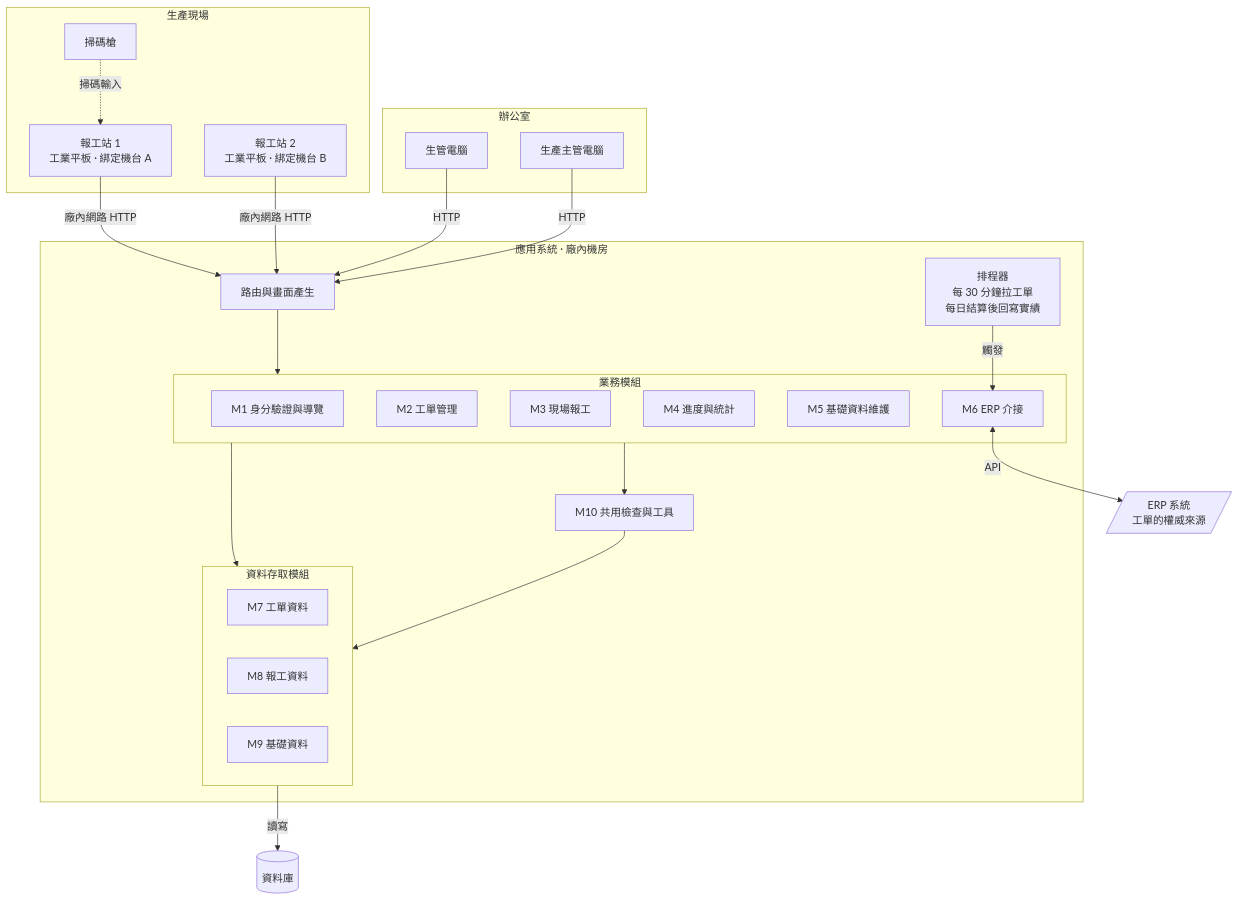
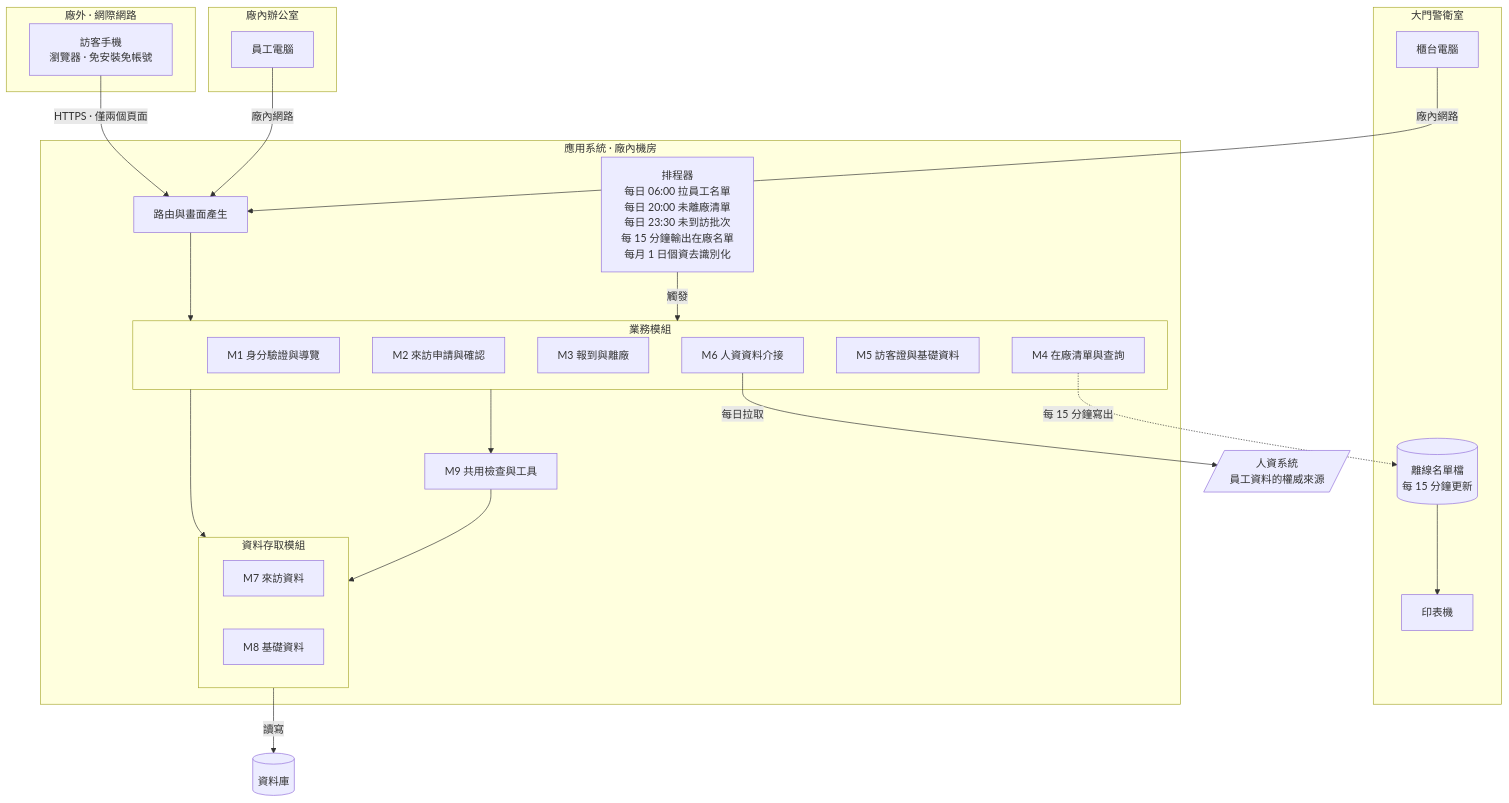
The ninth of 9 diagrams in 03-example-reports/Design-Phase-Deliverables.md (billy1125/system-analysis-and-design), drawn with Mermaid before and after one commit. The commit also changed other lines of this file and 30 other files, not shown here.

````diff
--- a/03-example-reports/Design-Phase-Deliverables.md
+++ b/03-example-reports/Design-Phase-Deliverables.md
@@ -1202,48 +1144,50 @@
 ```mermaid
 flowchart TB
-    subgraph SHOPFLOOR[生產現場]
-        T1[報工站 1<br/>工業平板 · 綁定機台 A]
-        T2[報工站 2<br/>工業平板 · 綁定機台 B]
-        SC[掃碼槍]
+    subgraph OUT[廠外 · 網際網路]
+        P[訪客手機<br/>瀏覽器 · 免安裝免帳號]
     end
 
-    subgraph OFFICE[辦公室]
-        O1[生管電腦]
-        O2[生產主管電腦]
+    subgraph GATE[大門警衛室]
+        R1[櫃台電腦]
+        PR[印表機]
+        LF[(離線名單檔<br/>每 15 分鐘更新)]
+    end
+
+    subgraph OFFICE[廠內辦公室]
+        E1[員工電腦]
     end
 
     subgraph APP[應用系統 · 廠內機房]
-        R[路由與畫面產生]
+        RT[路由與畫面產生]
         subgraph BIZ[業務模組]
             M1[M1 身分驗證與導覽]
-            M2[M2 工單管理]
-            M3[M3 現場報工]
-            M4[M4 進度與統計]
-            M5[M5 基礎資料維護]
-            M6[M6 ERP 介接]
+            M2[M2 來訪申請與確認]
+            M3[M3 報到與離廠]
+            M4[M4 在廠清單與查詢]
+            M5[M5 訪客證與基礎資料]
+            M6[M6 人資資料介接]
         end
-        M10[M10 共用檢查與工具]
+        M9[M9 共用檢查與工具]
         subgraph DAL[資料存取模組]
-            M7[M7 工單資料]
-            M8[M8 報工資料]
-            M9[M9 基礎資料]
+            M7[M7 來訪資料]
+            M8[M8 基礎資料]
         end
-        SCH[排程器<br/>每 30 分鐘拉工單<br/>每日結算後回寫實績]
+        SCH[排程器<br/>每日 06:00 拉員工名單<br/>每日 20:00 未離廠清單<br/>每日 23:30 未到訪批次<br/>每 15 分鐘輸出在廠名單<br/>每月 1 日個資去識別化]
     end
 
     DB[(資料庫)]
-    ERP[/ERP 系統<br/>工單的權威來源/]
+    HR[/人資系統<br/>員工資料的權威來源/]
 
-    SC -.掃碼輸入.-> T1
-    T1 -->|廠內網路 HTTP| R
-    T2 -->|廠內網路 HTTP| R
-    O1 -->|HTTP| R
-    O2 -->|HTTP| R
-    R --> BIZ
-    BIZ --> M10
+    P -->|HTTPS · 僅兩個頁面| RT
+    R1 -->|廠內網路| RT
+    E1 -->|廠內網路| RT
+    RT --> BIZ
+    BIZ --> M9
     BIZ --> DAL
-    M10 --> DAL
+    M9 --> DAL
     DAL -->|讀寫| DB
-    SCH -->|觸發| M6
-    M6 <-->|API| ERP
+    SCH -->|觸發| BIZ
+    M6 -->|每日拉取| HR
+    M4 -.每 15 分鐘寫出.-> LF
+    LF --> PR
 ```
````
